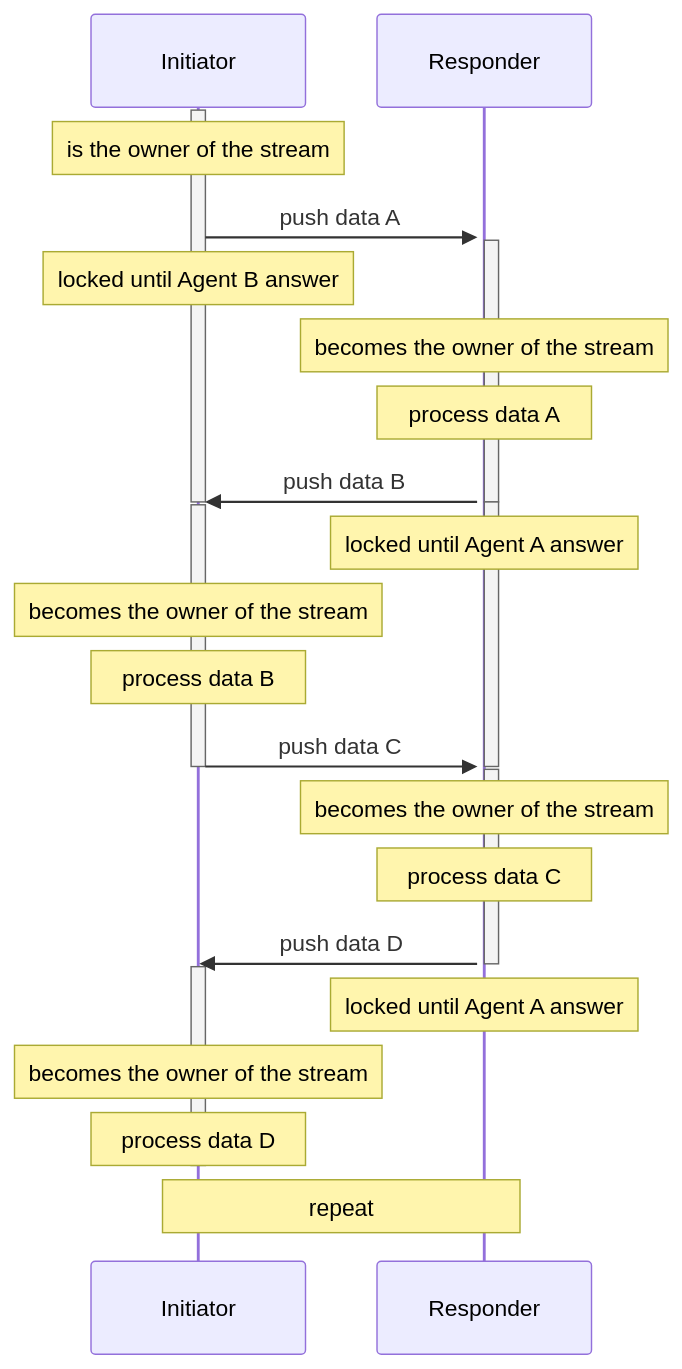
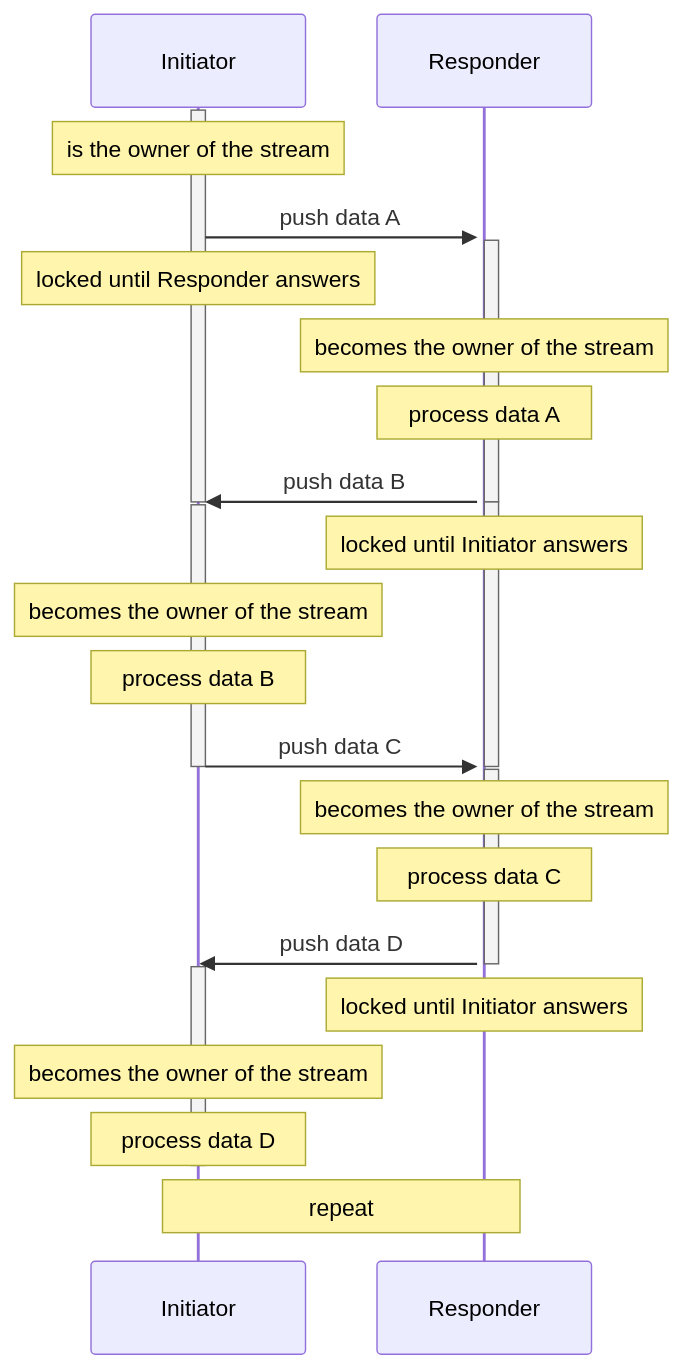
Before and after one commit to xstd-js/flow: the fifth of 6 diagrams in docs/media/MANIFEST.md, drawn with Mermaid. The commit also changed other lines of this file and 44 other files, not shown here.

````diff
--- a/docs/media/MANIFEST.md
+++ b/docs/media/MANIFEST.md
@@ -121,36 +121,36 @@
 ```mermaid
 sequenceDiagram
   participant AgentA as Initiator
   participant AgentB as Responder
 
   activate AgentA
   Note over AgentA: is the owner of the stream
   activate AgentB
   AgentA->>AgentB: push data A
   activate AgentB
-  Note over AgentA: locked until Agent B answer
+  Note over AgentA: locked until Responder answers
   Note over AgentB: becomes the owner of the stream
   Note over AgentB: process data A
   AgentB->>AgentA: push data B
   deactivate AgentB
   activate AgentB
   deactivate AgentA
   activate AgentA
-  Note over AgentB: locked until Agent A answer
+  Note over AgentB: locked until Initiator answers
   Note over AgentA: becomes the owner of the stream
   Note over AgentA: process data B
   AgentA->>AgentB: push data C
   deactivate AgentA
   deactivate AgentB
   activate AgentB
   Note over AgentB: becomes the owner of the stream
   Note over AgentB: process data C
   AgentB->>AgentA: push data D
   deactivate AgentB
   activate AgentA
-  Note over AgentB: locked until Agent A answer
+  Note over AgentB: locked until Initiator answers
   Note over AgentA: becomes the owner of the stream
   Note over AgentA: process data D
   deactivate AgentA
   Note over AgentA, AgentB: repeat
 ```
````
